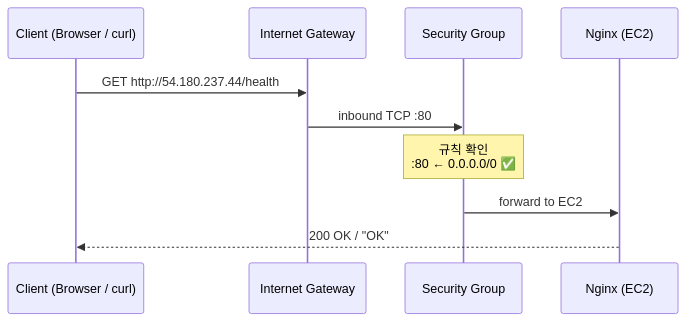
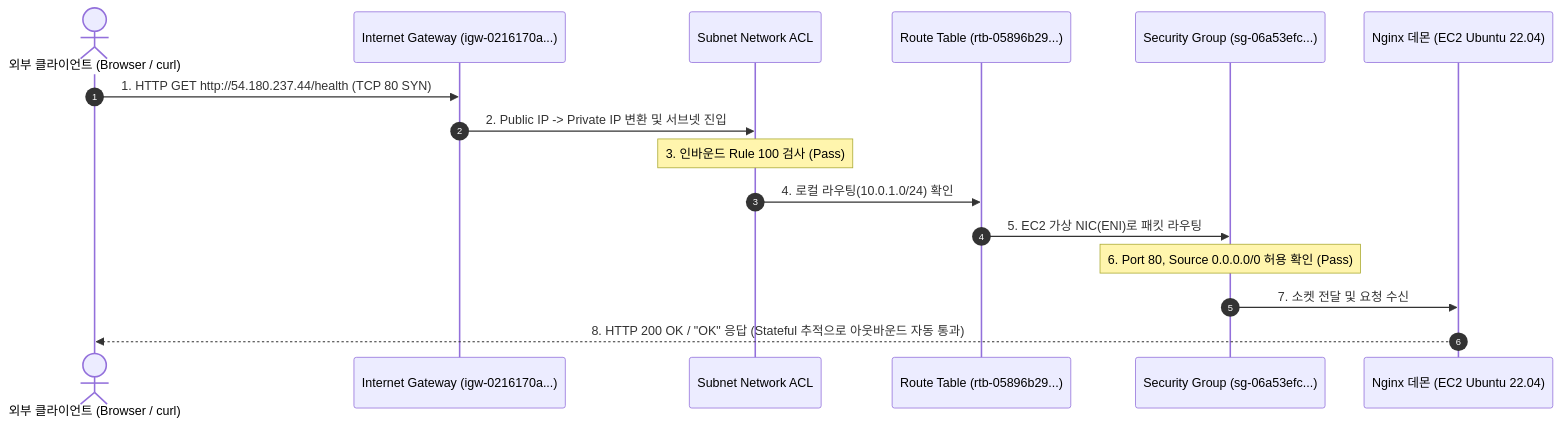
One commit to nttkor/b3_1 changed the third of 3 diagrams in docs/architecture.md. Above: the diagram before and after it, drawn with Mermaid. The commit also changed other lines of this file, not shown here.

First line of the commit message:
docs(architecture): 아키텍처 다이어그램(PNG) 임베드 및 서브넷 NACL/SG 설계 문서 보완

````diff
--- a/docs/architecture.md
+++ b/docs/architecture.md
@@ -68,13 +138,19 @@
 ```mermaid
 sequenceDiagram
-    participant Client as Client (Browser / curl)
-    participant IGW    as Internet Gateway
-    participant SG     as Security Group
-    participant Nginx  as Nginx (EC2)
+    autonumber
+    actor Client as 외부 클라이언트 (Browser / curl)
+    participant IGW as Internet Gateway (igw-0216170a...)
+    participant NACL as Subnet Network ACL
+    participant RT as Route Table (rtb-05896b29...)
+    participant SG as Security Group (sg-06a53efc...)
+    participant Nginx as Nginx 데몬 (EC2 Ubuntu 22.04)
 
-    Client->>IGW: GET http://54.180.237.44/health
-    IGW->>SG: inbound TCP :80
-    Note over SG: 규칙 확인<br/>:80 ← 0.0.0.0/0 ✅
-    SG->>Nginx: forward to EC2
-    Nginx-->>Client: 200 OK / "OK"
+    Client->>IGW: 1. HTTP GET http://54.180.237.44/health (TCP 80 SYN)
+    IGW->>NACL: 2. Public IP -> Private IP 변환 및 서브넷 진입
+    Note over NACL: 3. 인바운드 Rule 100 검사 (Pass)
+    NACL->>RT: 4. 로컬 라우팅(10.0.1.0/24) 확인
+    RT->>SG: 5. EC2 가상 NIC(ENI)로 패킷 라우팅
+    Note over SG: 6. Port 80, Source 0.0.0.0/0 허용 확인 (Pass)
+    SG->>Nginx: 7. 소켓 전달 및 요청 수신
+    Nginx-->>Client: 8. HTTP 200 OK / "OK" 응답 (Stateful 추적으로 아웃바운드 자동 통과)
 ```
````
